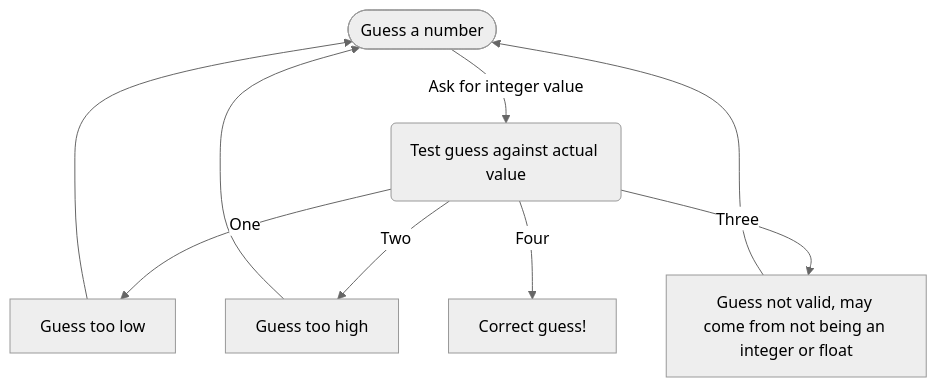
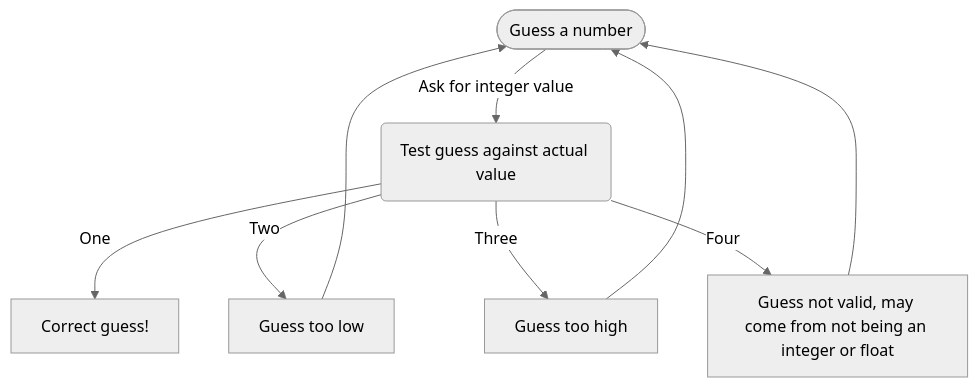
Before and after one commit to neusghimire1/neusghimire1.github.io: the diagram in Guessing.md, drawn with Mermaid (neutral theme).

Commit message:
Fixing ordering

````diff
--- a/Guessing.md
+++ b/Guessing.md
@@ -1,15 +1,15 @@
 ```mermaid
 flowchart TD
     A([Guess a number]) --> |Ask for integer value| B(Test guess against actual value)
 
-    B --> |One| C[Guess too low]
-    C --> A
+    B --> |One| C[Correct guess!]
 
-    B --> |Two| D[Guess too high]
+    B --> |Two| D[Guess too low]
     D --> A
 
-    B --> |Three| E[Guess not valid, may come from not being an integer or float]
+    B --> |Three| E[Guess too high]
     E --> A
 
-    B --> |Four| F[Correct guess!]
+    B --> |Four| F[Guess not valid, may come from not being an integer or float]
+    F --> A
 ```
````
